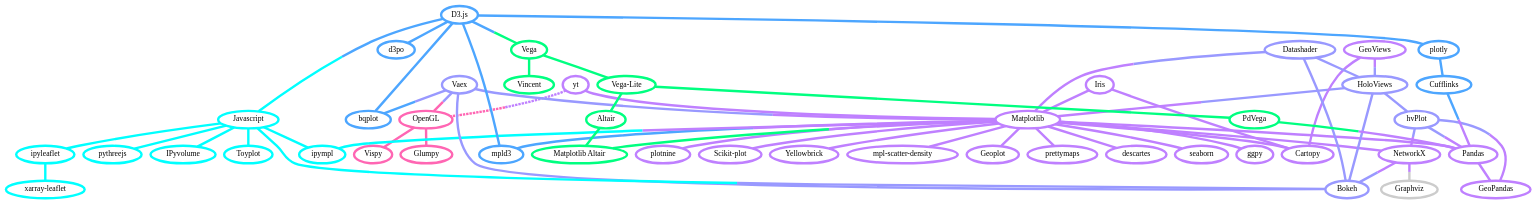
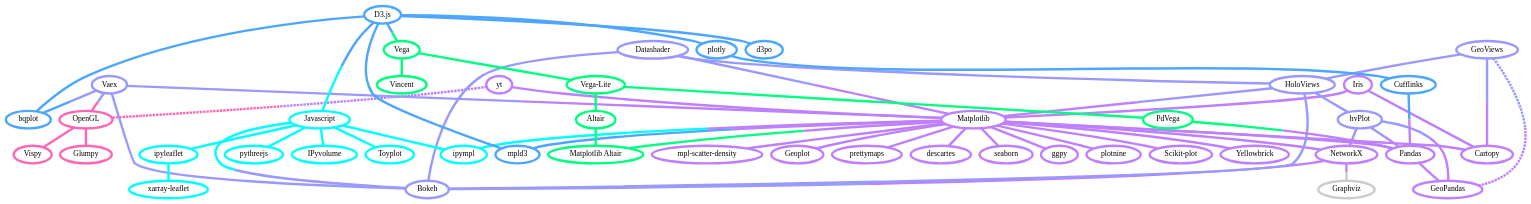
Before and after one commit to veit/pyviz-tutorial-de: the diagram in docs/overview.rst, drawn with Graphviz.

Commit message:
Update overview for GeoViews

```diff
--- a/docs/overview.rst
+++ b/docs/overview.rst
@@ -186,23 +186,24 @@
             color="#9999FF",
             target="_top",
             href="../bokeh/integration/holoviews/hvplot/index.html"]
-        geoviews [
-            label="GeoViews",
-            tooltip="Analysieren und Visualisieren von\ngeographischen, meterologischen\nund ozeanischen Daten",
-            color="#BF80FF",
-            target="_top",
-            href="../bokeh/integration/holoviews/geoviews.html"]
         datashader [
             label="Datashader",
             tooltip="Grafik-Pipeline-System für\naussagekräftige Darstellungen\ngroßer Datensätze",
             color="#9999FF",
             target="_top",
             href="../bokeh/integration/datashader.html"]
+        geoviews [
+            label="GeoViews",
+            tooltip="Analysieren und Visualisieren von\ngeographischen, meterologischen\nund ozeanischen Daten",
+            color="#9999FF",
+            target="_top",
+            href="../bokeh/integration/holoviews/geoviews.html"]
+        geoviews -- cartopy [color="#9999FF;0.5:#BF80FF"]
+        geoviews -- holoviews [color="#9999FF"]
+        geoviews -- geopandas [color="#9999FF;0.5:#BF80FF", style="dashed"]
         vaex -- bokeh [color="#9999FF"]
         holoviews -- bokeh [color="#9999FF"]
         holoviews -- hvplot [color="#9999FF"]
-        geoviews -- holoviews [color="#BF80FF;0.5:#9999FF"]
-        geoviews -- cartopy [color="#BF80FF"]
         hvplot -- pandas [color="#9999FF;0.5:#BF80FF"]
         hvplot -- geopandas [color="#9999FF;0.5:#BF80FF"]
         hvplot -- networkx [color="#9999FF;0.5:#BF80FF"]
```
